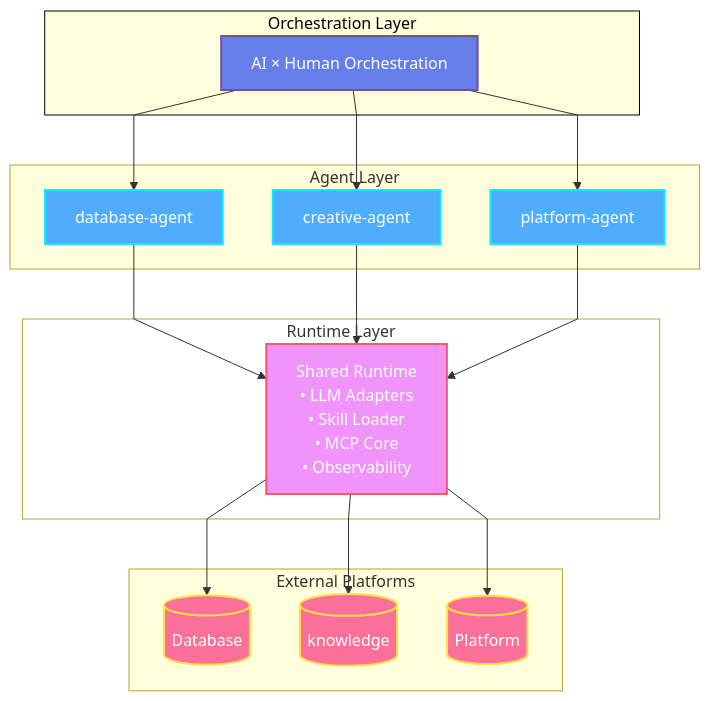
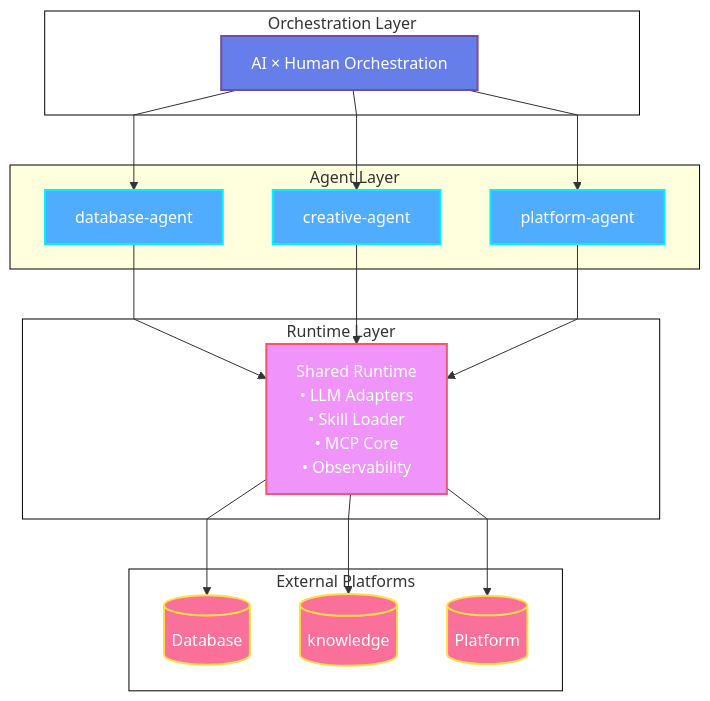
One commit to artificial-intelligence-first/aao-skeleton changed the first of 2 diagrams in README.md. Above: the diagram before and after it, drawn with Mermaid.

Commit message:
Update styles for subgraphs in README.md

````diff
--- a/README.md
+++ b/README.md
@@ -26,49 +26,51 @@
 ```mermaid
 flowchart TB
  subgraph subGraph0["Orchestration Layer"]
         Orchestration["AI × Human Orchestration"]
   end
  subgraph subGraph1["Agent Layer"]
         Agent1["database-agent"]
         Agent2["creative-agent"]
         Agent3["platform-agent"]
   end
  subgraph subGraph2["Runtime Layer"]
         Runtime["Shared Runtime<br>• LLM Adapters<br>• Skill Loader<br>• MCP Core<br>• Observability"]
   end
  subgraph subGraph3["External Platforms"]
         Platform1[("Database")]
         Platform2[("knowledge")]
         Platform3[("Platform")]
   end
     Orchestration L_Orchestration_Agent1_0@--> Agent1 & Agent2 & Agent3
     Agent1 L_Agent1_Runtime_0@--> Runtime
     Agent2 L_Agent2_Runtime_0@--> Runtime
     Agent3 L_Agent3_Runtime_0@--> Runtime
     Runtime L_Runtime_Platform1_0@--> Platform1 & Platform2 & Platform3
 
      Orchestration:::orchestrationStyle
      Agent1:::agentStyle
      Agent2:::agentStyle
      Agent3:::agentStyle
      Runtime:::runtimeStyle
      Platform1:::platformStyle
      Platform2:::platformStyle
      Platform3:::platformStyle
     classDef orchestrationStyle fill:#667eea,stroke:#764ba2,stroke-width:2px,color:#fff
     classDef agentStyle fill:#4facfe,stroke:#00f2fe,stroke-width:2px,color:#fff
     classDef runtimeStyle fill:#f093fb,stroke:#f5576c,stroke-width:2px,color:#fff
     classDef platformStyle fill:#fa709a,stroke:#fee140,stroke-width:2px,color:#fff
-    style subGraph2 fill:transparent
-    style subGraph0 color:#000000,stroke:#000000
+    style subGraph2 fill:#FFFFFF,stroke:#000000,color:none
+    style subGraph0 color:none,stroke:#000000,fill:#FFFFFF
+    style subGraph1 stroke:#000000,color:none
+    style subGraph3 stroke:#000000,color:none,fill:#FFFFFF
 
     L_Orchestration_Agent1_0@{ curve: linear } 
     L_Orchestration_Agent2_0@{ curve: linear } 
     L_Orchestration_Agent3_0@{ curve: linear } 
     L_Agent1_Runtime_0@{ curve: linear } 
     L_Agent2_Runtime_0@{ curve: linear } 
     L_Agent3_Runtime_0@{ curve: linear } 
     L_Runtime_Platform1_0@{ curve: linear } 
     L_Runtime_Platform2_0@{ curve: linear } 
     L_Runtime_Platform3_0@{ curve: linear } 
 ```
````
